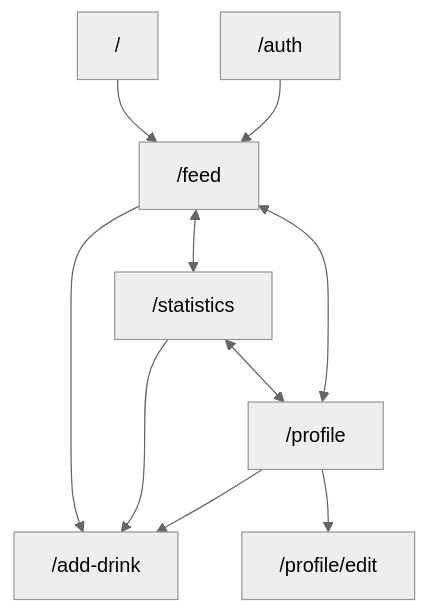
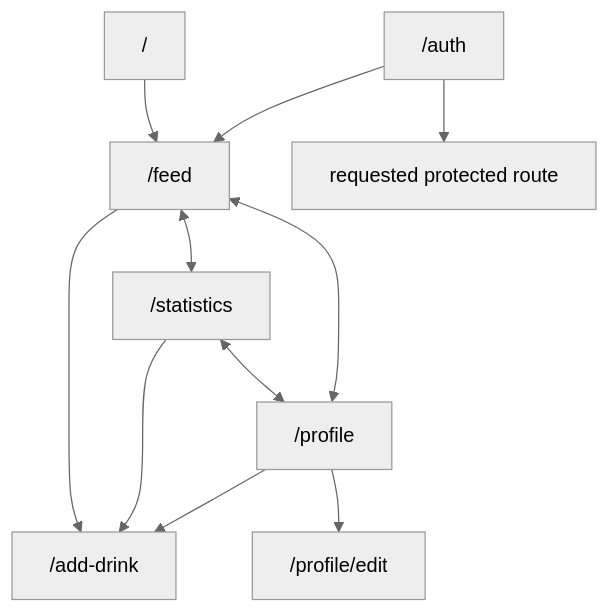
One commit to donjoergo/glasstrail changed the first of 3 diagrams in README.md. Above: the diagram before and after it, drawn with Mermaid (neutral theme). The commit also changed other lines of this file and 7 other files, not shown here.

````diff
--- a/README.md
+++ b/README.md
@@ -42,16 +43,17 @@
 ```mermaid
 flowchart TD
     Root["/"] --> Feed["/feed"]
 
     Feed <--> Statistics["/statistics"]
     Statistics <--> Profile["/profile"]
     Profile <--> Feed
 
     Feed --> AddDrink["/add-drink"]
     Statistics --> AddDrink
     Profile --> AddDrink
 
     Profile --> EditProfile["/profile/edit"]
 
-    Auth["/auth"] --> Feed
+    Auth["/auth"] --> Requested["requested protected route"]
+    Auth --> Feed
 ```
````
